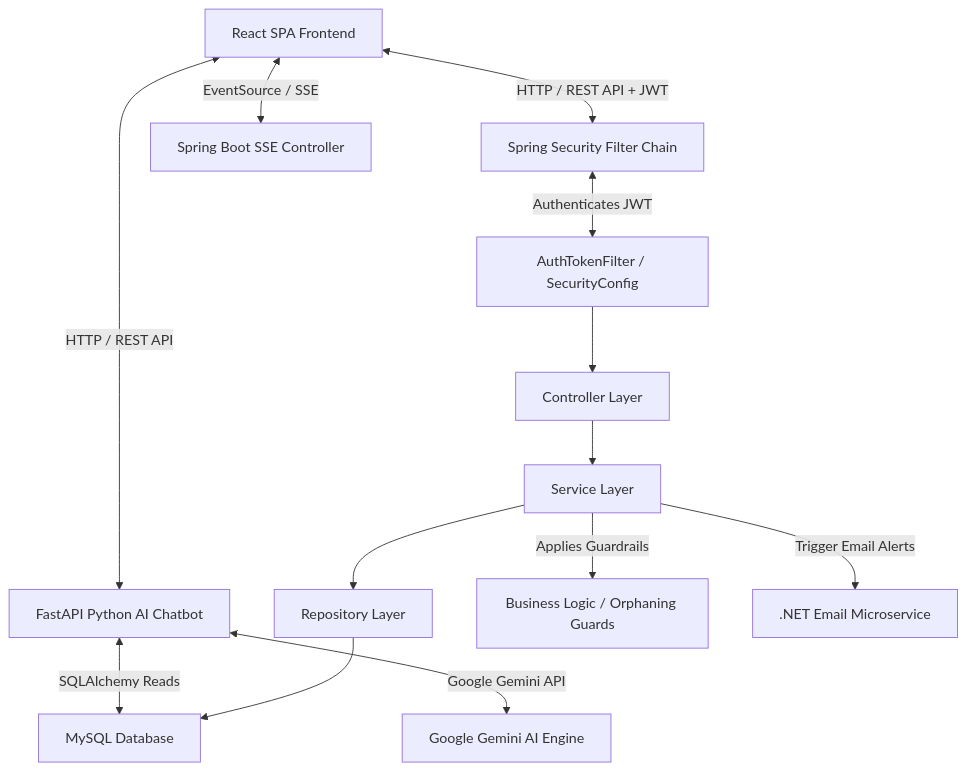
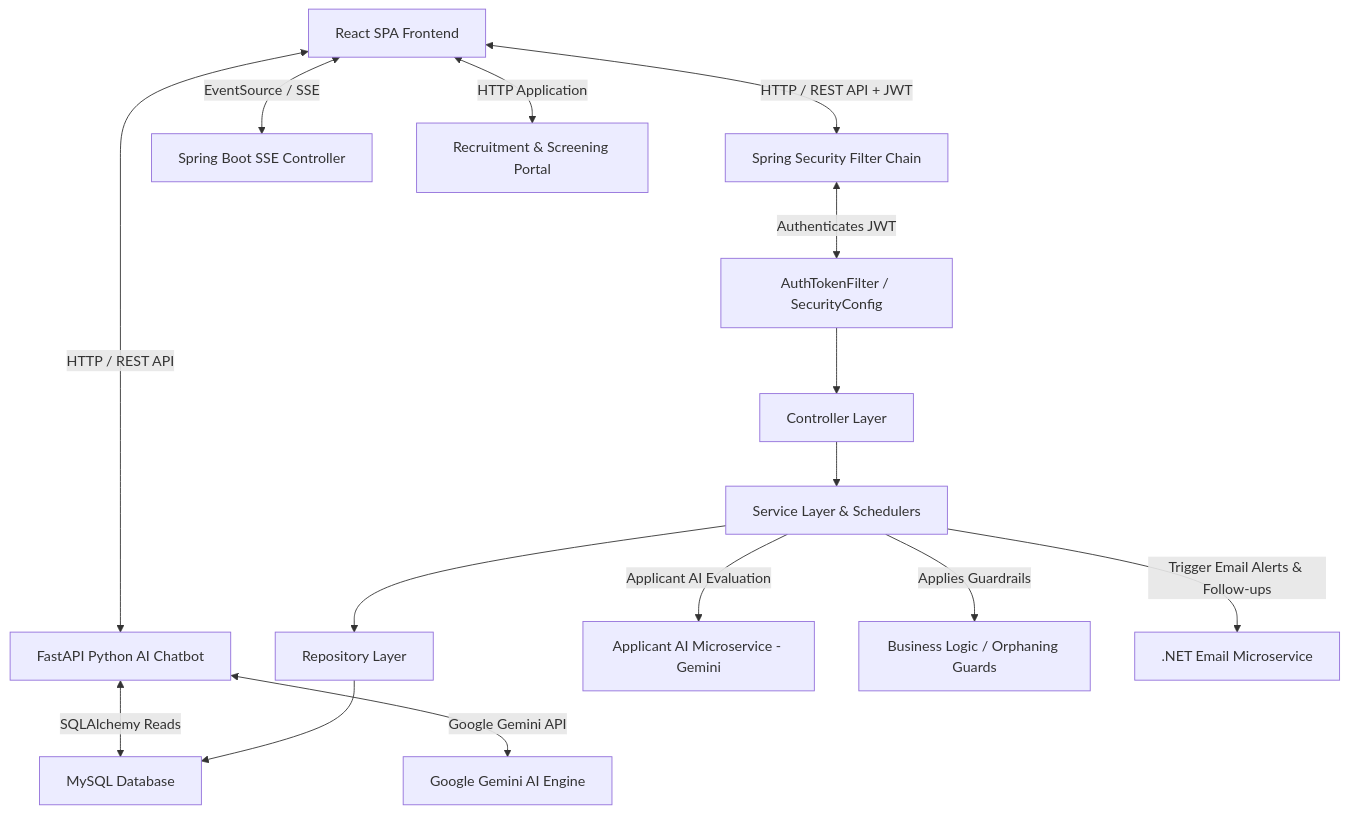
Before and after one commit to ivanshu111/CustomerRelationshipManagement_CRM: the first of 2 diagrams in README.md, drawn with Mermaid. The commit also changed other lines of this file and 2 other files, not shown here.

````diff
--- a/README.md
+++ b/README.md
@@ -103,15 +114,17 @@
 ```mermaid
 graph TD
     A[React SPA Frontend] <-->|HTTP / REST API + JWT| B[Spring Security Filter Chain]
     A <-->|EventSource / SSE| I[Spring Boot SSE Controller]
     A <-->|HTTP / REST API| J[FastAPI Python AI Chatbot]
+    A <-->|HTTP Application| M[Recruitment & Screening Portal]
     J <-->|Google Gemini API| K[Google Gemini AI Engine]
     J <-->|SQLAlchemy Reads| G[MySQL Database]
     B <-->|Authenticates JWT| C[AuthTokenFilter / SecurityConfig]
     C --> D[Controller Layer]
-    D --> E[Service Layer]
+    D --> E[Service Layer & Schedulers]
     E --> F[Repository Layer]
     F --> G[MySQL Database]
+    E -->|Applicant AI Evaluation| N[Applicant AI Microservice - Gemini]
     E -->|Applies Guardrails| H[Business Logic / Orphaning Guards]
-    E -->|Trigger Email Alerts| L[.NET Email Microservice]
+    E -->|Trigger Email Alerts & Follow-ups| L[.NET Email Microservice]
 ```
````
